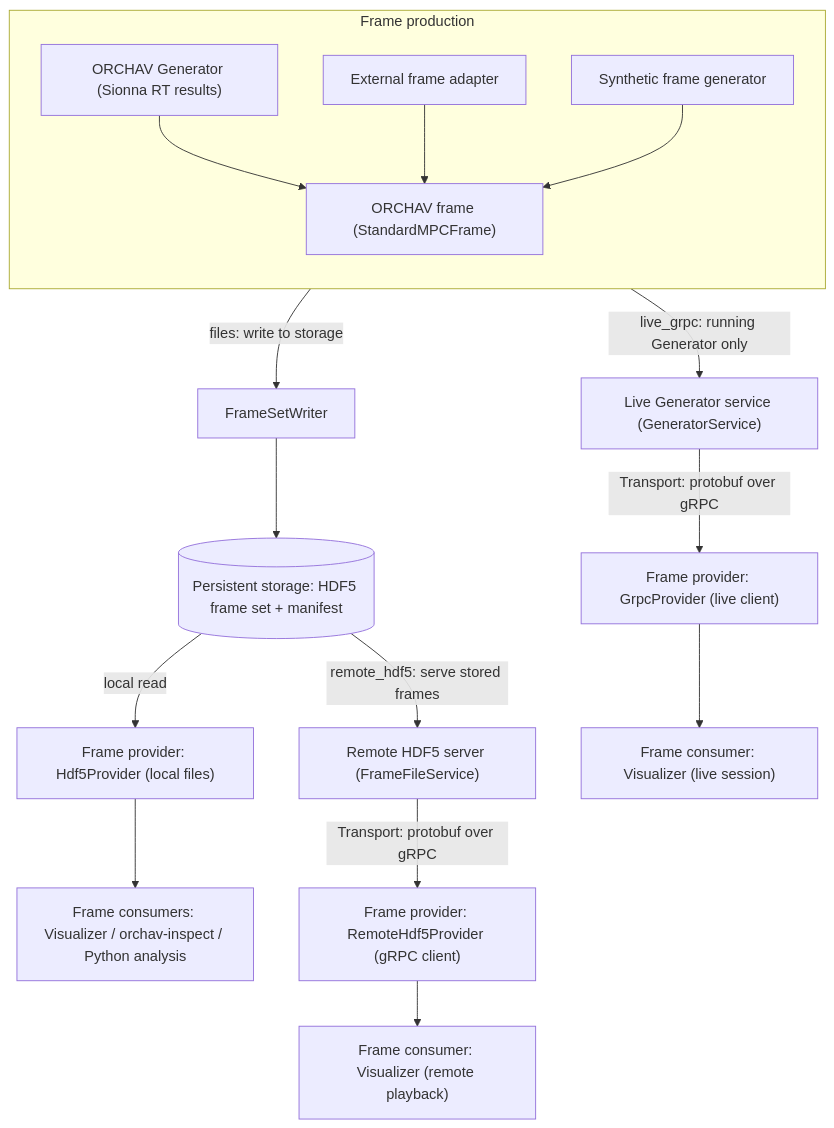
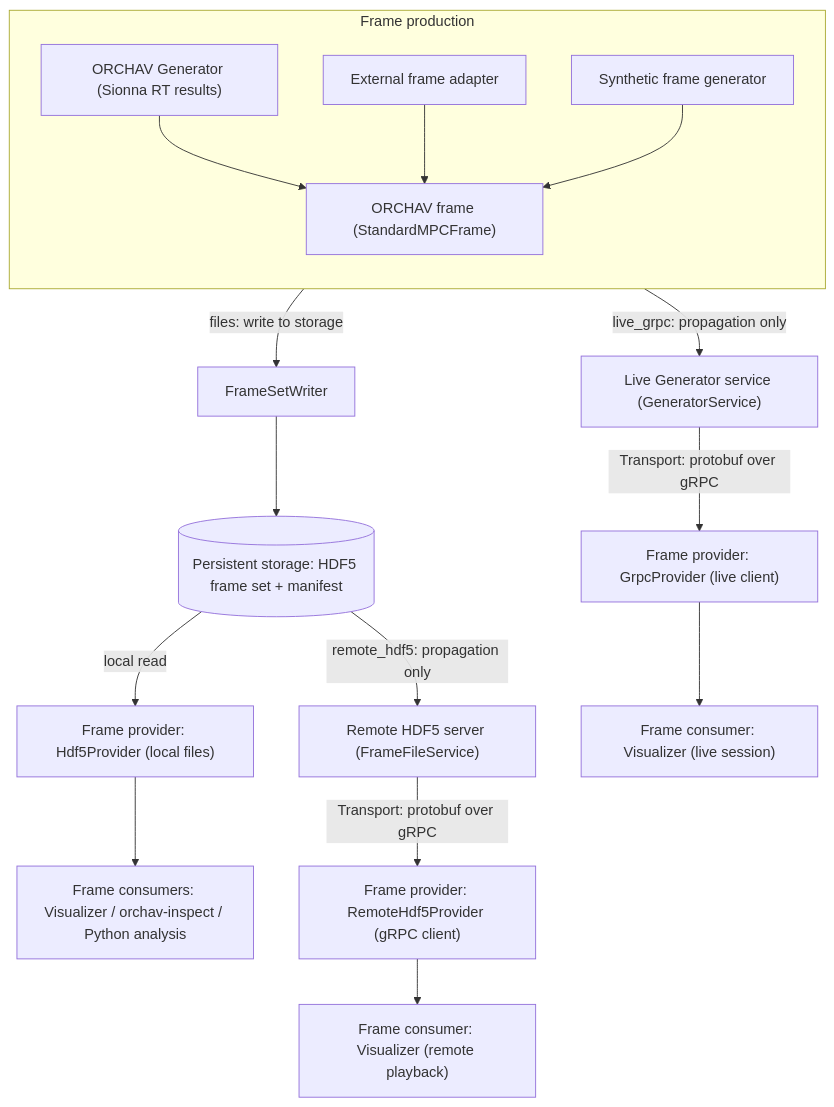
The diagram in docs/shared/frame_reference.md (usnistgov/ORCHAV), drawn with Mermaid before and after one commit. The commit also changed other lines of this file and 1981 other files, not shown here.

````diff
--- a/docs/shared/frame_reference.md
+++ b/docs/shared/frame_reference.md
@@ -39,27 +40,27 @@
 ```mermaid
 flowchart TB
     subgraph Production["Frame production"]
         direction TB
         Generator["ORCHAV Generator (Sionna RT results)"]
         External["External frame adapter"]
         Synthetic["Synthetic frame generator"]
         Frame["ORCHAV frame (StandardMPCFrame)"]
         Generator --> Frame
         External --> Frame
         Synthetic --> Frame
     end
 
     Frame -->|"files: write to storage"| Writer["FrameSetWriter"]
     Writer --> HDF5[("Persistent storage: HDF5 frame set + manifest")]
 
     HDF5 -->|"local read"| LocalProvider["Frame provider: Hdf5Provider (local files)"]
     LocalProvider --> LocalConsumers["Frame consumers: Visualizer / orchav-inspect / Python analysis"]
 
-    HDF5 -->|"remote_hdf5: serve stored frames"| FileService["Remote HDF5 server (FrameFileService)"]
+    HDF5 -->|"remote_hdf5: propagation only"| FileService["Remote HDF5 server (FrameFileService)"]
     FileService -->|"Transport: protobuf over gRPC"| RemoteProvider["Frame provider: RemoteHdf5Provider (gRPC client)"]
     RemoteProvider --> RemoteVisualizer["Frame consumer: Visualizer (remote playback)"]
 
-    Frame -->|"live_grpc: running Generator only"| LiveService["Live Generator service (GeneratorService)"]
+    Frame -->|"live_grpc: propagation only"| LiveService["Live Generator service (GeneratorService)"]
     LiveService -->|"Transport: protobuf over gRPC"| LiveProvider["Frame provider: GrpcProvider (live client)"]
     LiveProvider --> LiveVisualizer["Frame consumer: Visualizer (live session)"]
 ```
````
